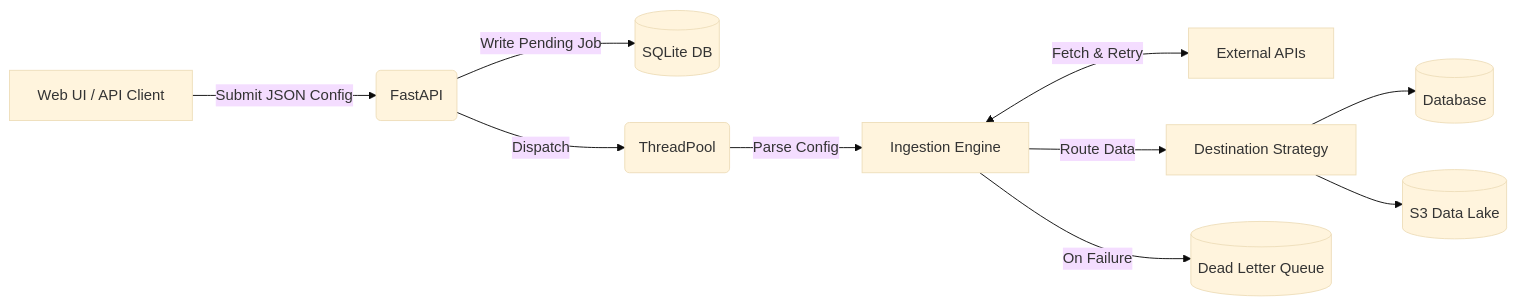
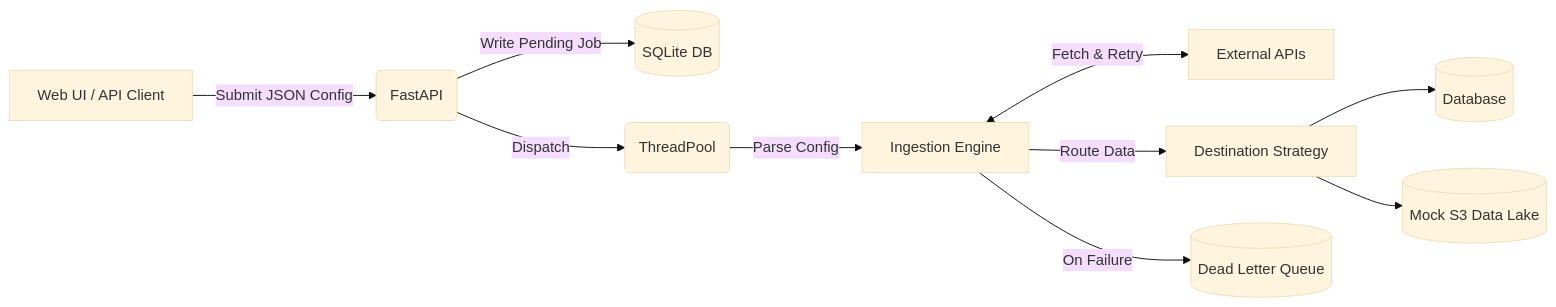
Before and after one commit to SreejaJalakam/Genericdata-ingestion-service: the diagram in README.md, drawn with Mermaid (base theme). The commit also changed other lines of this file, not shown here.

````diff
--- a/README.md
+++ b/README.md
@@ -22,12 +19,12 @@
 ```mermaid
 graph LR
     UI[Web UI / API Client] -->|Submit JSON Config| API(FastAPI)
     API -->|Write Pending Job| SQLite[(SQLite DB)]
     API -->|Dispatch| Workers(ThreadPool)
     Workers -->|Parse Config| Engine[Ingestion Engine]
     Engine <-->|Fetch & Retry| HTTP[External APIs]
     Engine -->|Route Data| Dest[Destination Strategy]
     Dest --> DB[(Database)]
-    Dest --> S3[(S3 Data Lake)]
+    Dest --> S3[(Mock S3 Data Lake)]
     Engine -->|On Failure| DLQ[(Dead Letter Queue)]
 ```
````
